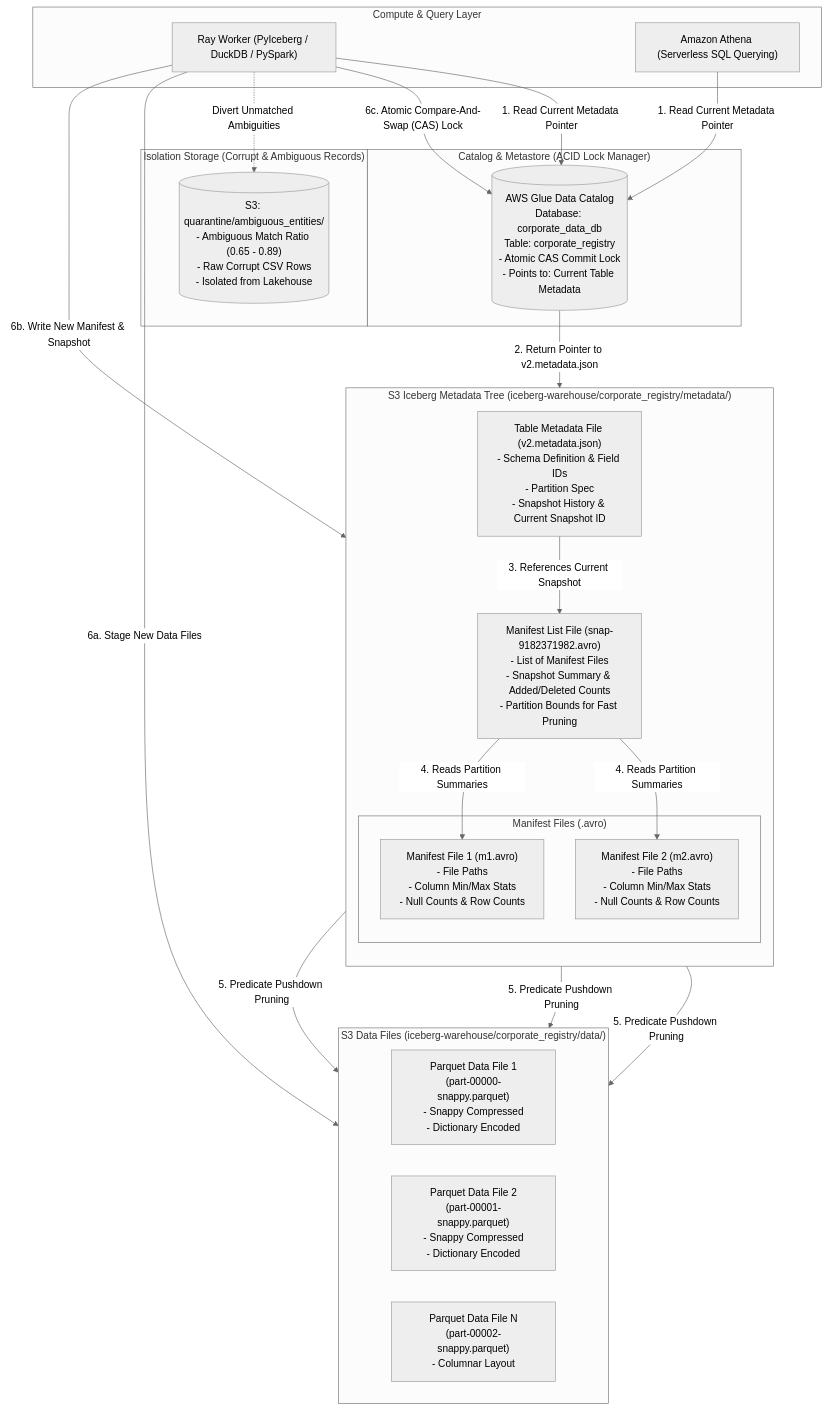
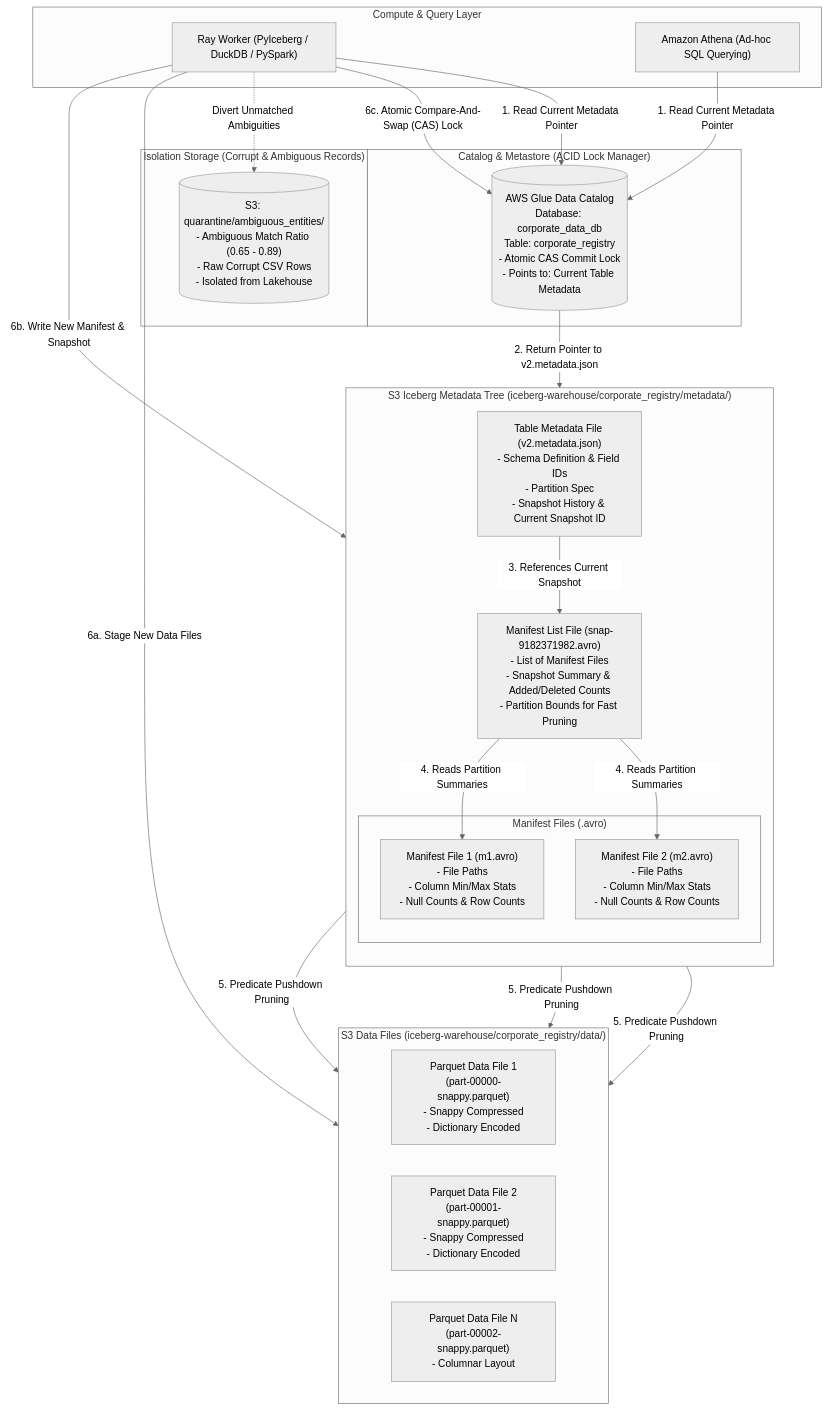
Before and after one commit to jashkv/ray-platform: the diagram in docs/mermaid/09-lakehouse-iceberg.md, drawn with Mermaid (neutral theme). The commit also changed 33 other files, not shown here.

````diff
--- a/docs/mermaid/09-lakehouse-iceberg.md
+++ b/docs/mermaid/09-lakehouse-iceberg.md
@@ -9,57 +9,57 @@
 ```mermaid
 flowchart TD
     %% Apache Iceberg ACID Lakehouse Storage Architecture
     subgraph Compute_Engines["Compute & Query Layer"]
         RAY_WORKER["Ray Worker (PyIceberg / DuckDB / PySpark)"]
-        ATHENA["Amazon Athena (Serverless SQL Querying)"]
+        ATHENA["Amazon Athena (Ad-hoc SQL Querying)"]
     end
 
     subgraph Catalog_Layer["Catalog & Metastore (ACID Lock Manager)"]
         GLUE_CATALOG[("AWS Glue Data Catalog\nDatabase: corporate_data_db\nTable: corporate_registry\n- Atomic CAS Commit Lock\n- Points to: Current Table Metadata")]
     end
 
     subgraph S3_Metadata_Tree["S3 Iceberg Metadata Tree (iceberg-warehouse/corporate_registry/metadata/)"]
         direction TB
 
         META_JSON["Table Metadata File (v2.metadata.json)\n- Schema Definition & Field IDs\n- Partition Spec\n- Snapshot History & Current Snapshot ID"]
 
         SNAP_LIST["Manifest List File (snap-9182371982.avro)\n- List of Manifest Files\n- Snapshot Summary & Added/Deleted Counts\n- Partition Bounds for Fast Pruning"]
 
         subgraph Manifest_Files["Manifest Files (.avro)"]
             M1["Manifest File 1 (m1.avro)\n- File Paths\n- Column Min/Max Stats\n- Null Counts & Row Counts"]
             M2["Manifest File 2 (m2.avro)\n- File Paths\n- Column Min/Max Stats\n- Null Counts & Row Counts"]
         end
     end
 
     subgraph S3_Data_Files["S3 Data Files (iceberg-warehouse/corporate_registry/data/)"]
         direction LR
         PARQUET_1["Parquet Data File 1\n(part-00000-snappy.parquet)\n- Snappy Compressed\n- Dictionary Encoded"]
         PARQUET_2["Parquet Data File 2\n(part-00001-snappy.parquet)\n- Snappy Compressed\n- Dictionary Encoded"]
         PARQUET_N["Parquet Data File N\n(part-00002-snappy.parquet)\n- Columnar Layout"]
     end
 
     subgraph Quarantine_Storage["Isolation Storage (Corrupt & Ambiguous Records)"]
         S3_QUARANTINE[("S3: quarantine/ambiguous_entities/\n- Ambiguous Match Ratio (0.65 - 0.89)\n- Raw Corrupt CSV Rows\n- Isolated from Lakehouse")]
     end
 
     %% Engine to Catalog
     RAY_WORKER -->|"1. Read Current Metadata Pointer"| GLUE_CATALOG
     ATHENA -->|"1. Read Current Metadata Pointer"| GLUE_CATALOG
     GLUE_CATALOG -->|"2. Return Pointer to v2.metadata.json"| META_JSON
 
     %% Metadata Tree Traversal
     META_JSON -->|"3. References Current Snapshot"| SNAP_LIST
     SNAP_LIST -->|"4. Reads Partition Summaries"| M1
     SNAP_LIST -->|"4. Reads Partition Summaries"| M2
     M1 -->|"5. Predicate Pushdown Pruning"| PARQUET_1
     M2 -->|"5. Predicate Pushdown Pruning"| PARQUET_2
     M2 -->|"5. Predicate Pushdown Pruning"| PARQUET_N
 
     %% Atomic Commit Cycle
     RAY_WORKER -->|"6a. Stage New Data Files"| S3_Data_Files
     RAY_WORKER -->|"6b. Write New Manifest & Snapshot"| S3_Metadata_Tree
     RAY_WORKER -->|"6c. Atomic Compare-And-Swap (CAS) Lock"| GLUE_CATALOG
 
     %% Quarantine Divert
     RAY_WORKER -.->|"Divert Unmatched Ambiguities"| S3_QUARANTINE
 ```
````
